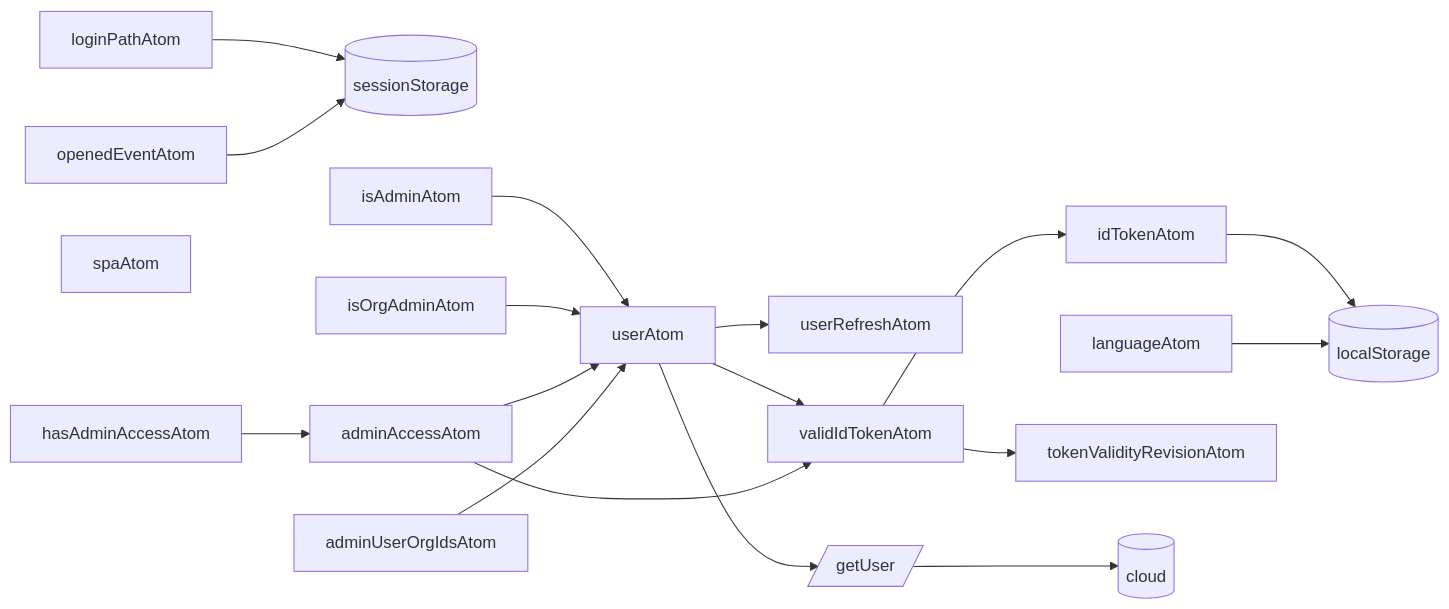
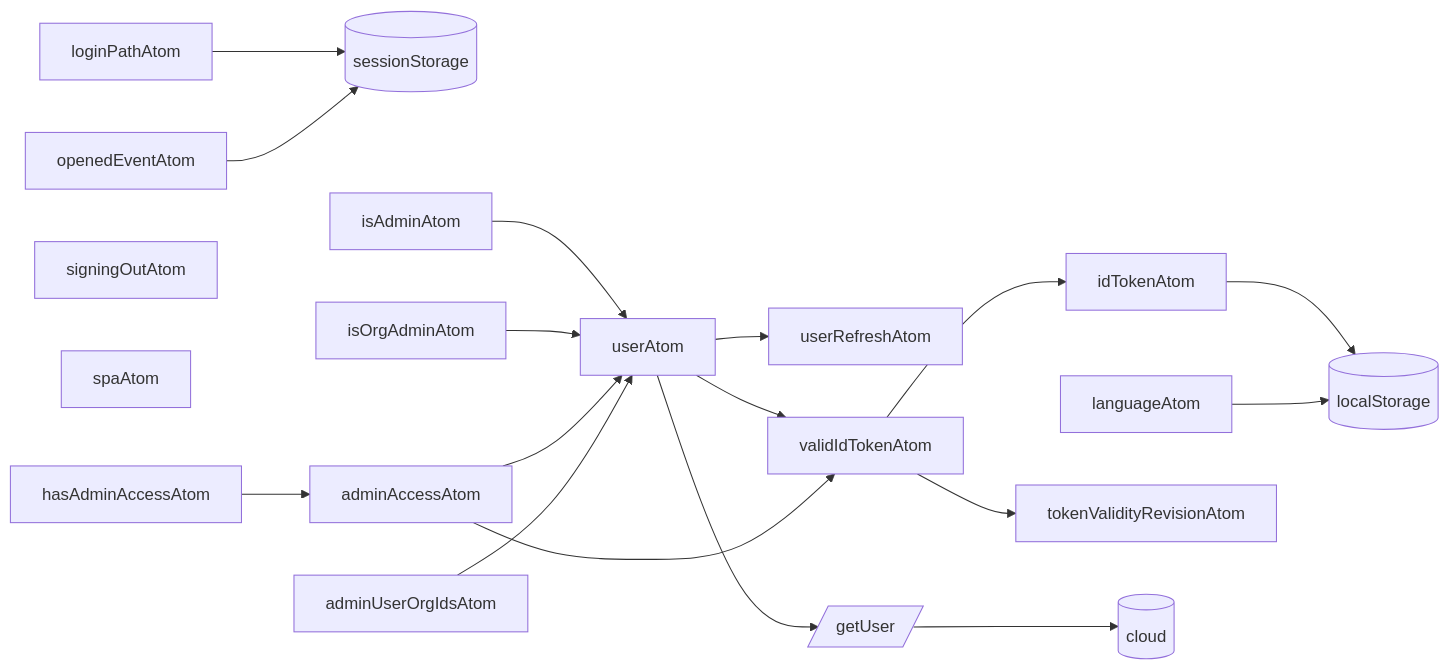
One commit to koekalenteri/koekalenteri changed the seventh of 7 diagrams in src/pages/state/README.md. Above: the diagram before and after it, drawn with Mermaid. The commit also changed other lines of this file and 8 other files, not shown here.

First line of the commit message:
fix(app): signing out on an admin page goes to the front page, not to login (KOE-1734)

````diff
--- a/src/pages/state/README.md
+++ b/src/pages/state/README.md
@@ -130,29 +131,30 @@
 ```mermaid
 graph LR
   idTokenAtom-->localStorage
   languageAtom-->localStorage
   loginPathAtom-->sessionStorage
   openedEventAtom-->sessionStorage
   tokenValidityRevisionAtom
   userRefreshAtom
+  signingOutAtom
   spaAtom
 
   localStorage[(localStorage)]
   sessionStorage[(sessionStorage)]
 
   validIdTokenAtom-->tokenValidityRevisionAtom
   validIdTokenAtom-->idTokenAtom
 
   userAtom-->validIdTokenAtom
   userAtom-->userRefreshAtom
   userAtom-->getUser[/getUser/]-->aws
 
   isAdminAtom-->userAtom
   isOrgAdminAtom-->userAtom
   adminAccessAtom-->userAtom
   adminAccessAtom-->validIdTokenAtom
   hasAdminAccessAtom-->adminAccessAtom
   adminUserOrgIdsAtom-->userAtom
 
   aws[(cloud)]
 ```
````
